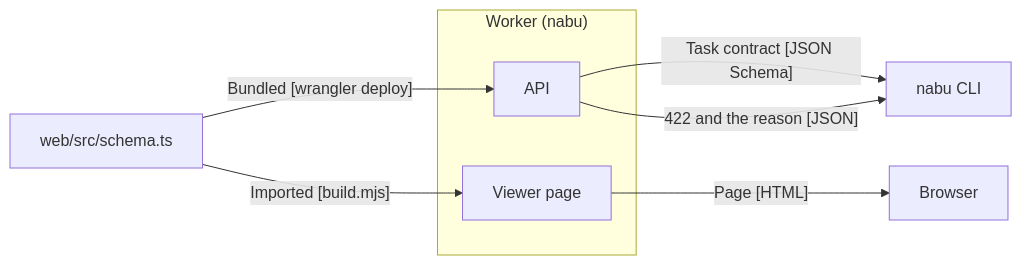
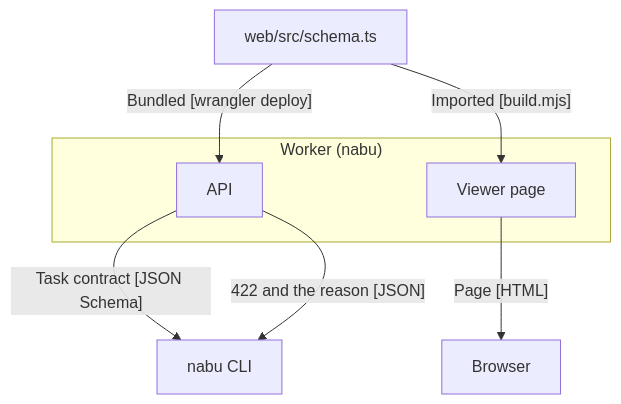
The fourth of 4 diagrams in docs/architecture.md (gitt510/nabu), drawn with Mermaid before and after one commit.

Commit message:
docs: lay the task contract out top-down

````diff
--- a/docs/architecture.md
+++ b/docs/architecture.md
@@ -67,15 +67,15 @@
 ```mermaid
-flowchart LR
+flowchart TD
   schema["web/src/schema.ts"]
 
   subgraph worker_box["Worker (nabu)"]
     api["API"]
     page["Viewer page"]
   end
 
   schema -- "Bundled [wrangler deploy]" --> api
   schema -- "Imported [build.mjs]" --> page
   api -- "Task contract [JSON Schema]" --> cli["nabu CLI"]
   api -- "422 and the reason [JSON]" --> cli
   page -- "Page [HTML]" --> browser["Browser"]
 ```
````
